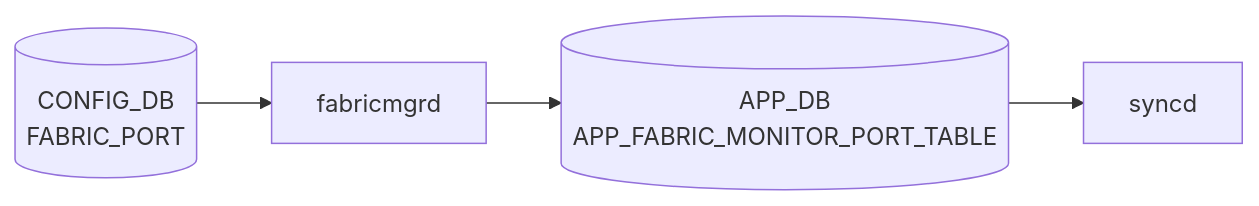
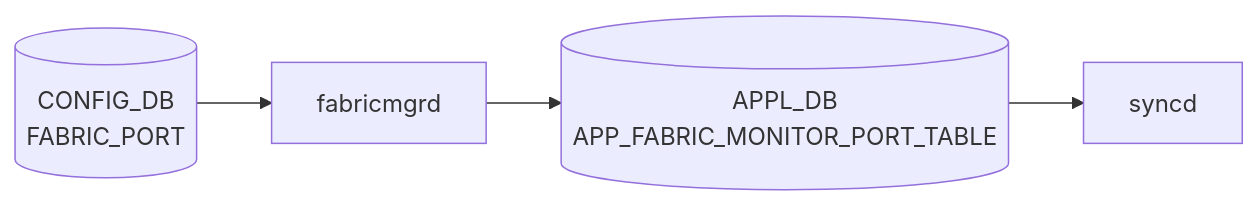
Before and after one commit to aoki-taquan/sonic-unofficial-docs: the diagram in docs/reference/config-db/fabric-port.md, drawn with Mermaid. The commit also changed 91 other files, not shown here.

First line of the commit message:
fix(review-067): APP_DB→APPL_DB in mermaid labels; exclude APPL_DB pages from auto-gen

````diff
--- a/docs/reference/config-db/fabric-port.md
+++ b/docs/reference/config-db/fabric-port.md
@@ -31,10 +31,10 @@
 ```mermaid
 flowchart LR
   CDB[("CONFIG_DB<br/>FABRIC_PORT")]
   DM["fabricmgrd"]
   CDB --> DM
-  APPDB[("APP_DB<br/>APP_FABRIC_MONITOR_PORT_TABLE")]
+  APPDB[("APPL_DB<br/>APP_FABRIC_MONITOR_PORT_TABLE")]
   DM --> APPDB
   SYNCD["syncd"]
   APPDB --> SYNCD
 ```
````
